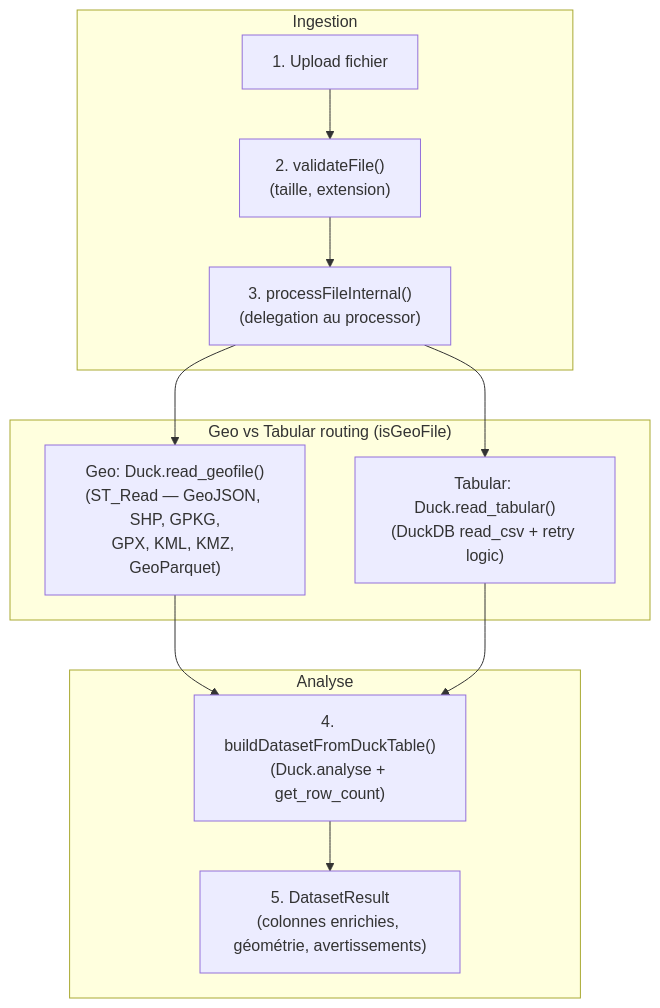
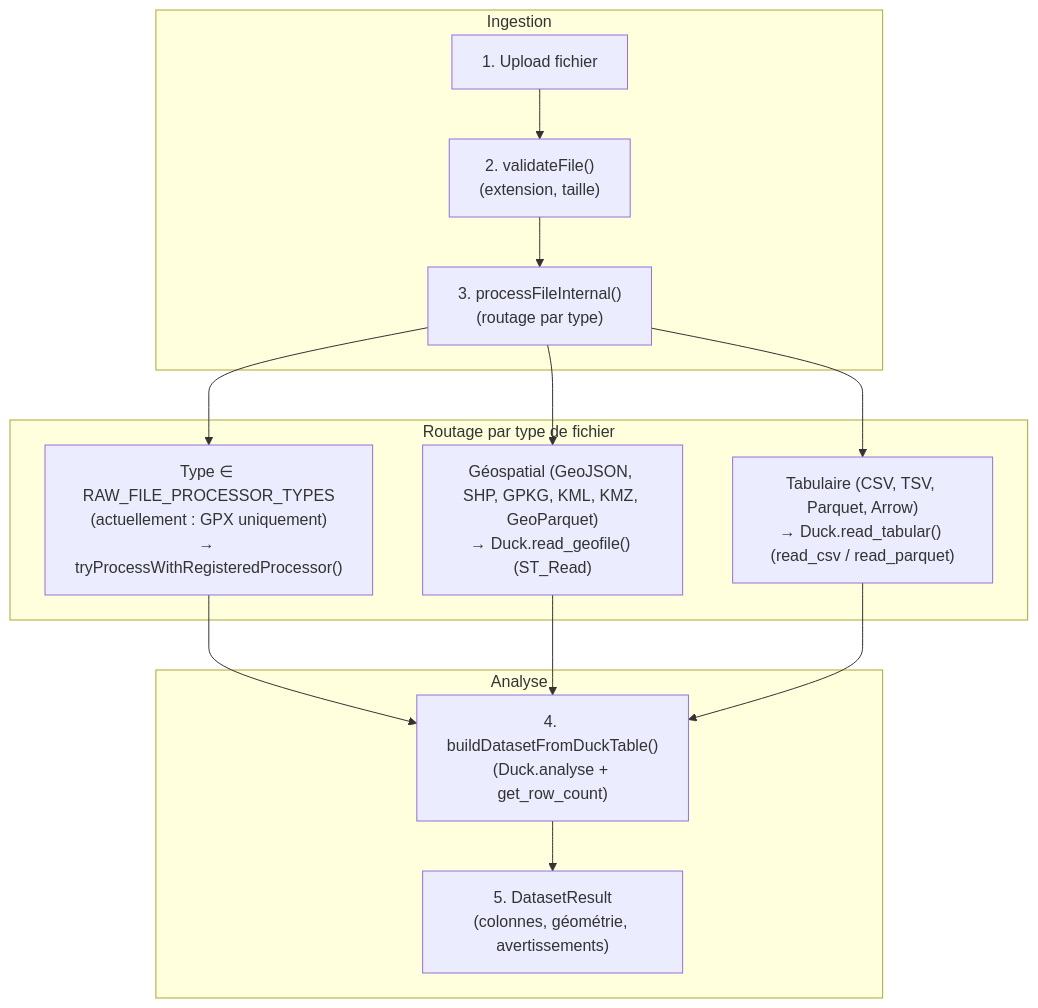
The first of 3 diagrams in docs/PIPELINE_DONNEES.md (AtelierCartographie/khartis-v3), drawn with Mermaid before and after one commit. The commit also changed other lines of this file and 15 other files, not shown here.

````diff
--- a/docs/PIPELINE_DONNEES.md
+++ b/docs/PIPELINE_DONNEES.md
@@ -23,25 +26,28 @@
 ```mermaid
 flowchart TB
     subgraph Ingestion
         A["1. Upload fichier"]
-        B["2. validateFile()<br/>(taille, extension)"]
-        C["3. processFileInternal()<br/>(delegation au processor)"]
+        B["2. validateFile()<br/>(extension, taille)"]
+        C["3. processFileInternal()<br/>(routage par type)"]
     end
 
-    subgraph "Geo vs Tabular routing (isGeoFile)"
-        GEO_ROUTE["Geo: Duck.read_geofile()<br/>(ST_Read — GeoJSON, SHP, GPKG,<br/>GPX, KML, KMZ, GeoParquet)"]
-        TAB_ROUTE["Tabular: Duck.read_tabular()<br/>(DuckDB read_csv + retry logic)"]
+    subgraph "Routage par type de fichier"
+        RAW["Type ∈ RAW_FILE_PROCESSOR_TYPES<br/>(actuellement : GPX uniquement)<br/>→ tryProcessWithRegisteredProcessor()"]
+        GEO["Géospatial (GeoJSON, SHP, GPKG, KML, KMZ, GeoParquet)<br/>→ Duck.read_geofile() (ST_Read)"]
+        TAB["Tabulaire (CSV, TSV, Parquet, Arrow)<br/>→ Duck.read_tabular() (read_csv / read_parquet)"]
     end
 
     subgraph "Analyse"
         D["4. buildDatasetFromDuckTable()<br/>(Duck.analyse + get_row_count)"]
-        E["5. DatasetResult<br/>(colonnes enrichies, géométrie, avertissements)"]
+        E["5. DatasetResult<br/>(colonnes, géométrie, avertissements)"]
     end
 
     A --> B --> C
-    C --> GEO_ROUTE
-    C --> TAB_ROUTE
-    GEO_ROUTE --> D
-    TAB_ROUTE --> D
+    C --> RAW
+    C --> GEO
+    C --> TAB
+    RAW --> D
+    GEO --> D
+    TAB --> D
     D --> E
 ```
````
